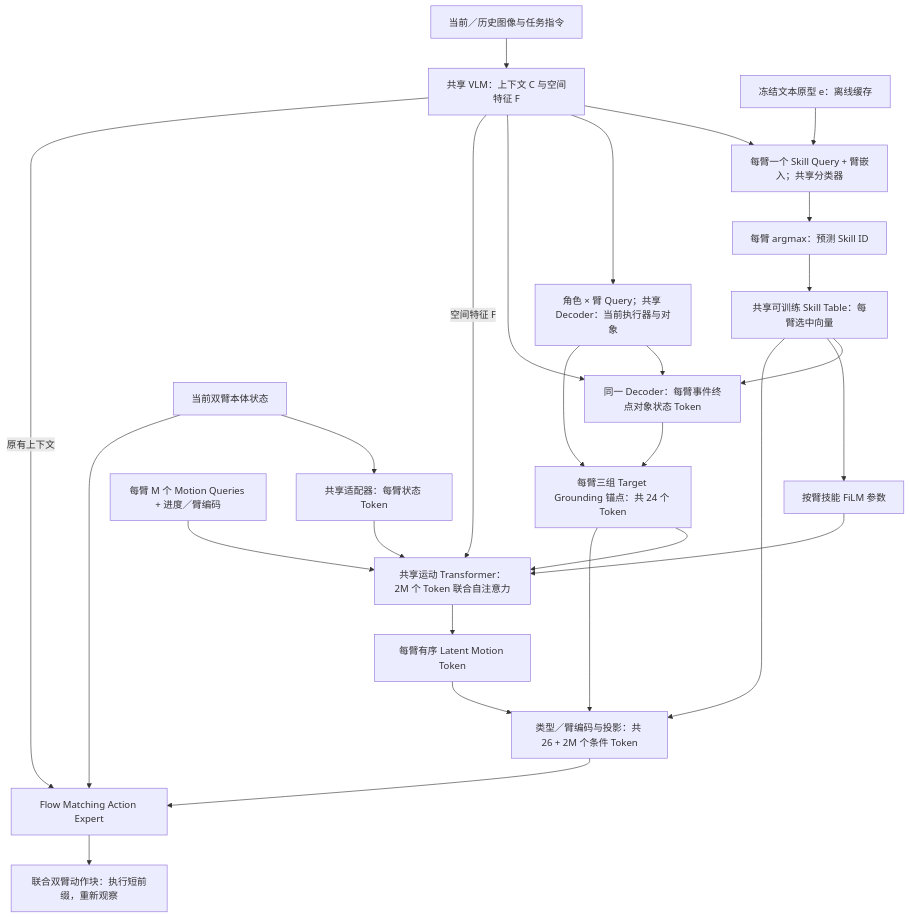
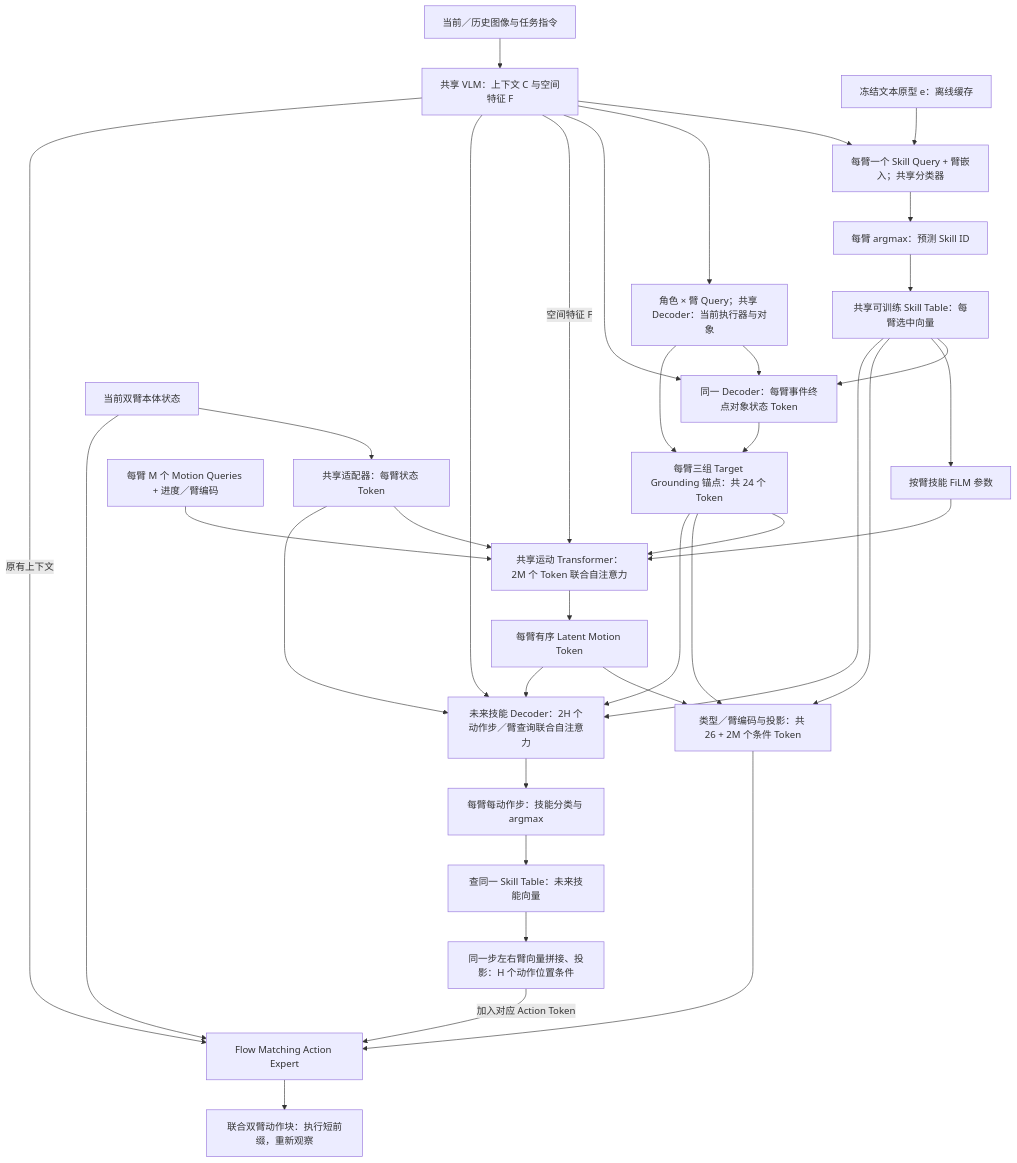
One commit to lyk-nju/ESkill-VLA changed the first of 2 diagrams in docs/design.md. Above: the diagram before and after it, drawn with Mermaid. The commit also changed other lines of this file and 150 other files, not shown here.

````diff
--- a/docs/design.md
+++ b/docs/design.md
@@ -15,29 +19,38 @@
 ```mermaid
 flowchart TD
     OBS["当前／历史图像与任务指令"] --> VLM["共享 VLM：上下文 C 与空间特征 F"]
     VLM --> SEL["每臂一个 Skill Query + 臂嵌入；共享分类器"]
     TEXT["冻结文本原型 e：离线缓存"] --> SEL
     SEL --> ID["每臂 argmax：预测 Skill ID"]
     ID --> skill_table["共享可训练 Skill Table：每臂选中向量"]
     VLM --> CUR["角色 × 臂 Query；共享 Decoder：当前执行器与对象"]
     CUR --> GOAL["同一 Decoder：每臂事件终点对象状态 Token"]
     VLM --> GOAL
     skill_table --> GOAL
     CUR --> target_grounding["每臂三组 Target Grounding 锚点：共 24 个 Token"]
     GOAL --> target_grounding
     skill_table --> FILM["按臂技能 FiLM 参数"]
     Q["每臂 M 个 Motion Queries + 进度／臂编码"] --> MOT["共享运动 Transformer：2M 个 Token 联合自注意力"]
     FILM --> MOT
     target_grounding --> MOT
     VLM -->|空间特征 F| MOT
     STATE["当前双臂本体状态"] --> ADAPT["共享适配器：每臂状态 Token"]
     ADAPT --> MOT
     MOT --> latent_motion["每臂有序 Latent Motion Token"]
     skill_table --> AUX["类型／臂编码与投影：共 26 + 2M 个条件 Token"]
     target_grounding --> AUX
     latent_motion --> AUX
+    VLM --> FUT["未来技能 Decoder：2H 个动作步／臂查询联合自注意力"]
+    skill_table --> FUT
+    target_grounding --> FUT
+    latent_motion --> FUT
+    ADAPT --> FUT
+    FUT --> FUTID["每臂每动作步：技能分类与 argmax"]
+    FUTID --> FUTEMB["查同一 Skill Table：未来技能向量"]
+    FUTEMB --> STEP["同一步左右臂向量拼接、投影：H 个动作位置条件"]
     VLM -->|原有上下文| ACT["Flow Matching Action Expert"]
     AUX --> ACT
+    STEP -->|加入对应 Action Token| ACT
     STATE --> ACT
     ACT --> OUT["联合双臂动作块：执行短前缀，重新观察"]
 ```
````
